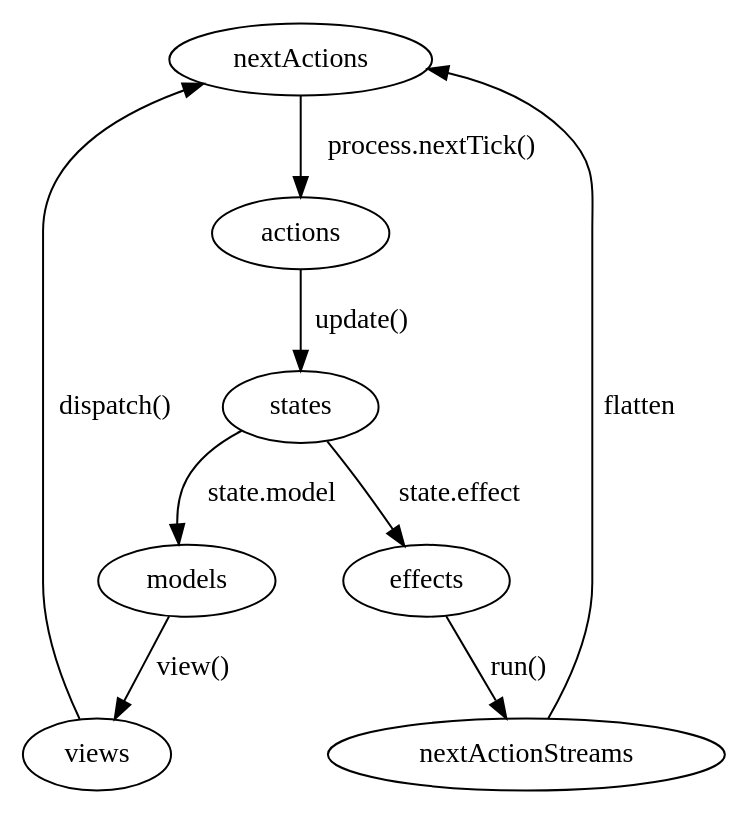
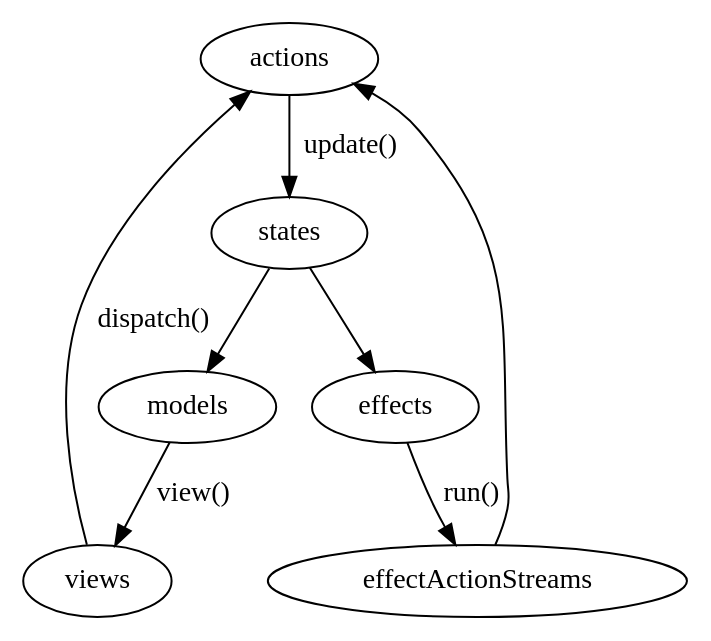
One commit to ahdinosaur/inu changed the diagram in assets/flow-diagram.dot. Above: the diagram before and after it, drawn with Graphviz. The commit also changed 3 other files, not shown here.

First line of the commit message:
push actions synchronously, change streams flow

```diff
--- a/assets/flow-diagram.dot
+++ b/assets/flow-diagram.dot
@@ -1,10 +1,9 @@
 digraph app {
-  nextActions -> actions [label="process.nextTick()"]
   actions -> states [label="update()"]
-  states -> models [label="state.model"]
-  states -> effects [label="state.effect"]
+  states -> models
+  states -> effects
   models -> views [label="view()"]
-  views -> nextActions [label="dispatch()"]
-  effects -> nextActionStreams [label="run()"]
-  nextActionStreams -> nextActions [label="flatten"]
+  views -> actions [label="dispatch()"]
+  effects -> effectActionStreams [label="run()"]
+  effectActionStreams -> actions
 }
```
